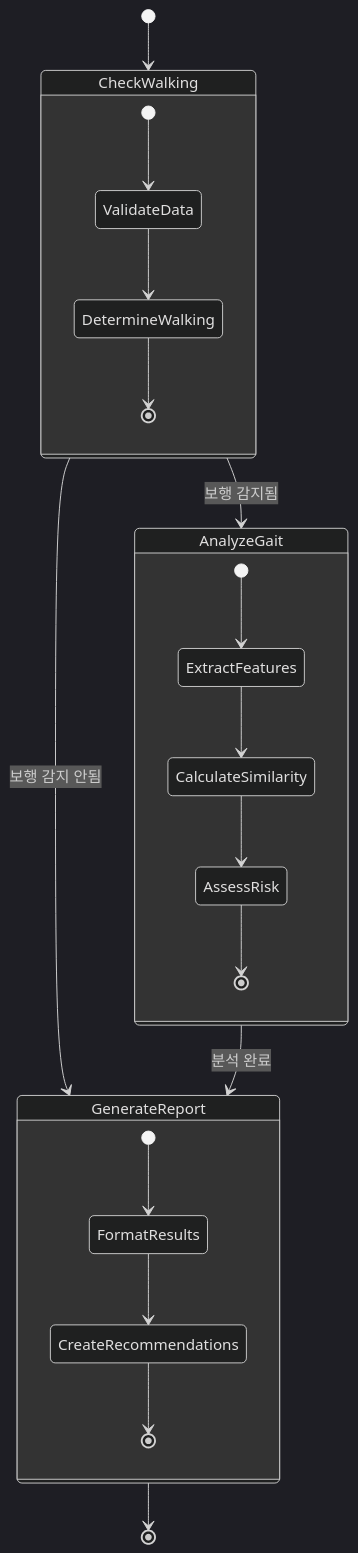
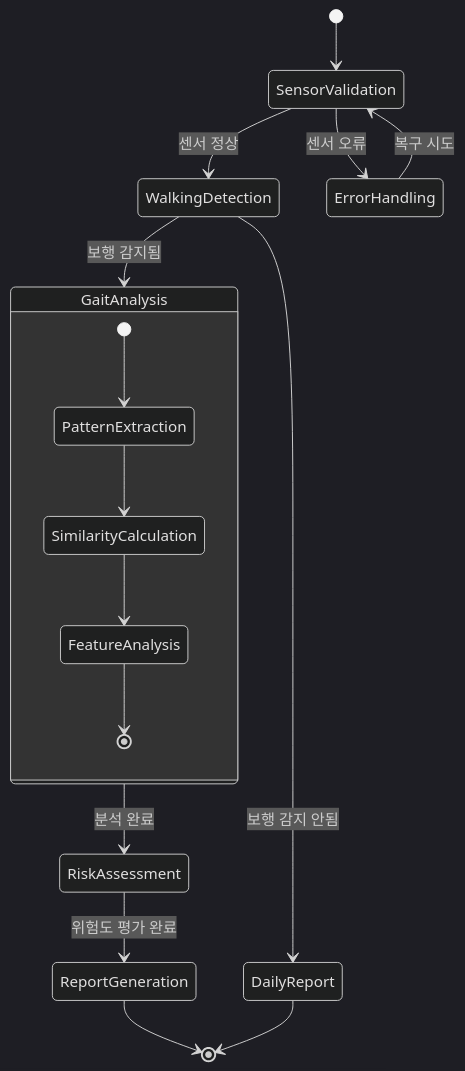
One commit to Sangu1nine/WalkerHolic changed the second of 3 diagrams in project_workflow_diagram.md. Above: the diagram before and after it, drawn with Mermaid (dark theme). The commit also changed other lines of this file and 18 other files, not shown here.

````diff
--- a/project_workflow_diagram.md
+++ b/project_workflow_diagram.md
@@ -192,27 +323,23 @@
 ```mermaid
 stateDiagram-v2
-    [*] --> CheckWalking
-    CheckWalking --> AnalyzeGait : 보행 감지됨
-    CheckWalking --> GenerateReport : 보행 감지 안됨
-    AnalyzeGait --> GenerateReport : 분석 완료
-    GenerateReport --> [*]
+    [*] --> SensorValidation
+    SensorValidation --> WalkingDetection : 센서 정상
+    SensorValidation --> ErrorHandling : 센서 오류
     
-    state CheckWalking {
-        [*] --> ValidateData
-        ValidateData --> DetermineWalking
-        DetermineWalking --> [*]
-    }
+    WalkingDetection --> GaitAnalysis : 보행 감지됨
+    WalkingDetection --> DailyReport : 보행 감지 안됨
     
-    state AnalyzeGait {
-        [*] --> ExtractFeatures
-        ExtractFeatures --> CalculateSimilarity
-        CalculateSimilarity --> AssessRisk
-        AssessRisk --> [*]
-    }
+    GaitAnalysis --> RiskAssessment : 분석 완료
+    RiskAssessment --> ReportGeneration : 위험도 평가 완료
     
-    state GenerateReport {
-        [*] --> FormatResults
-        FormatResults --> CreateRecommendations
-        CreateRecommendations --> [*]
+    ReportGeneration --> [*]
+    ErrorHandling --> SensorValidation : 복구 시도
+    DailyReport --> [*]
+    
+    state GaitAnalysis {
+        [*] --> PatternExtraction
+        PatternExtraction --> SimilarityCalculation
+        SimilarityCalculation --> FeatureAnalysis
+        FeatureAnalysis --> [*]
     }
 ```
````
